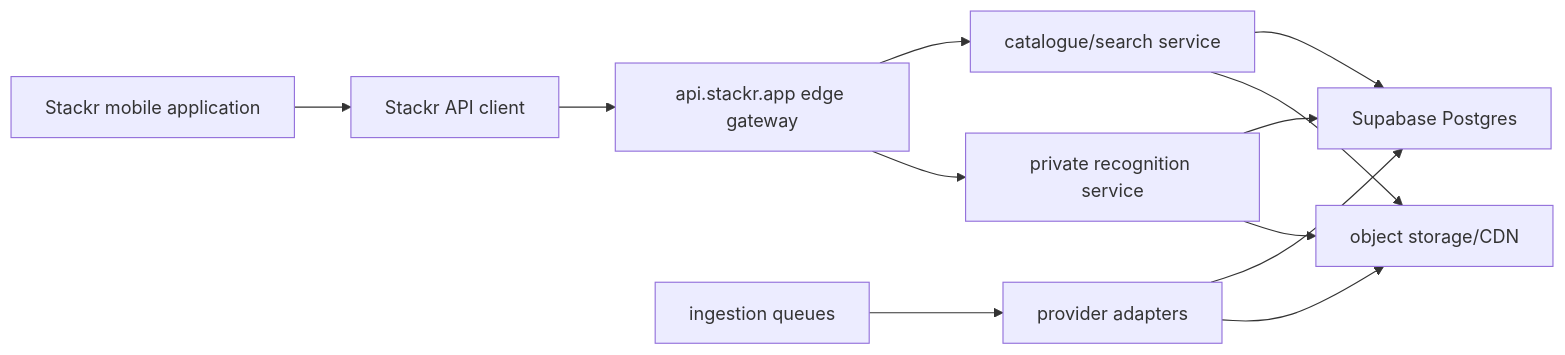
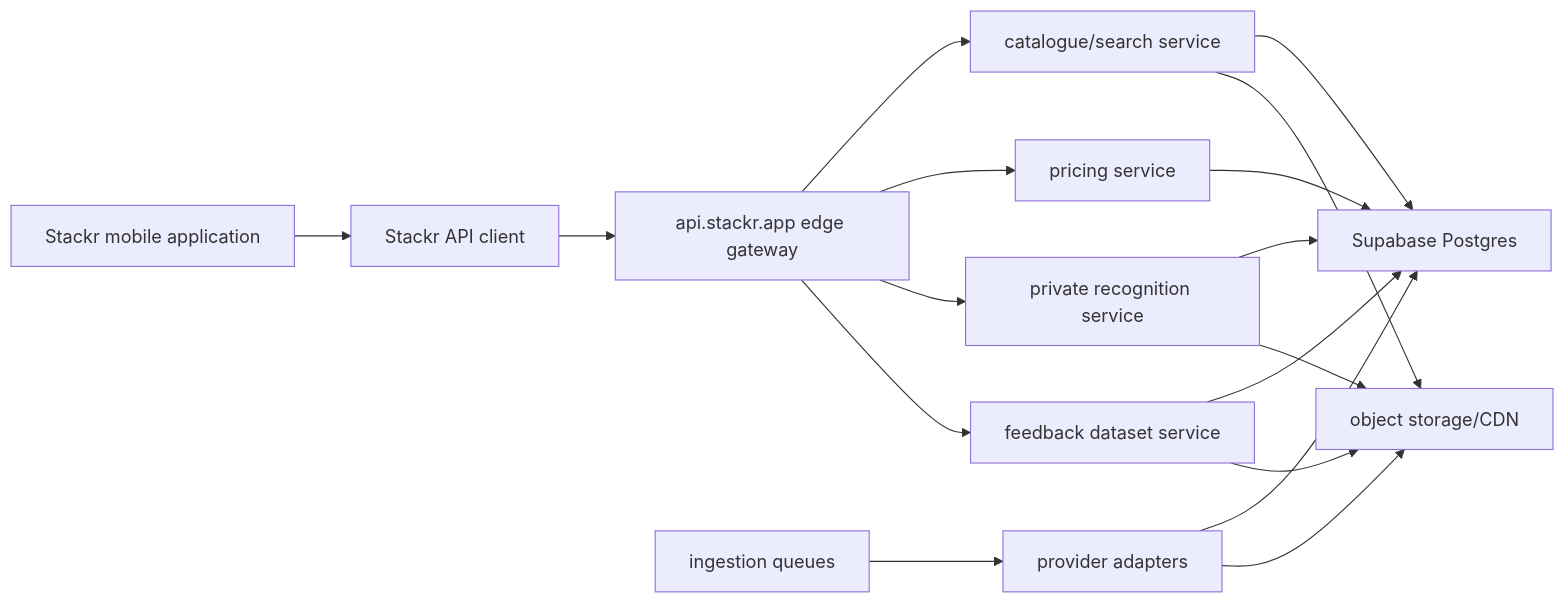
One commit to tberridge86/Stackr changed the diagram in docs/stackr-api/target-architecture.md. Above: the diagram before and after it, drawn with Mermaid. The commit also changed other lines of this file and 7 other files, not shown here.

````diff
--- a/docs/stackr-api/target-architecture.md
+++ b/docs/stackr-api/target-architecture.md
@@ -20,24 +21,31 @@
 ```mermaid
 flowchart LR
   Mobile["Stackr mobile application"]
   Client["Stackr API client"]
   Gateway["api.stackr.app edge gateway"]
   Catalogue["catalogue/search service"]
   Postgres["Supabase Postgres"]
   Recognition["private recognition service"]
   Storage["object storage/CDN"]
   Queues["ingestion queues"]
   Adapters["provider adapters"]
+  Pricing["pricing service"]
+  Feedback["feedback dataset service"]
 
   Mobile --> Client
   Client --> Gateway
   Gateway --> Catalogue
+  Gateway --> Pricing
   Gateway --> Recognition
+  Gateway --> Feedback
   Catalogue --> Postgres
+  Pricing --> Postgres
   Recognition --> Postgres
   Recognition --> Storage
+  Feedback --> Postgres
+  Feedback --> Storage
   Queues --> Adapters
   Adapters --> Postgres
   Adapters --> Storage
   Catalogue --> Storage
 ```
````
